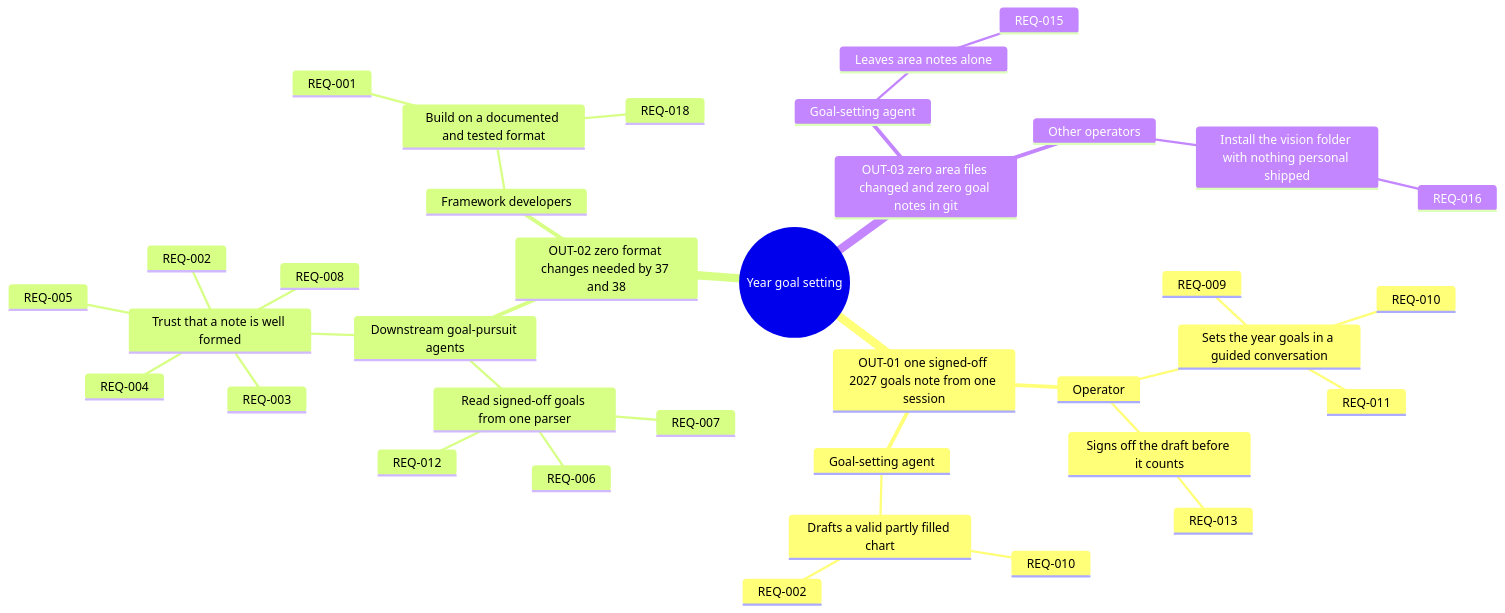
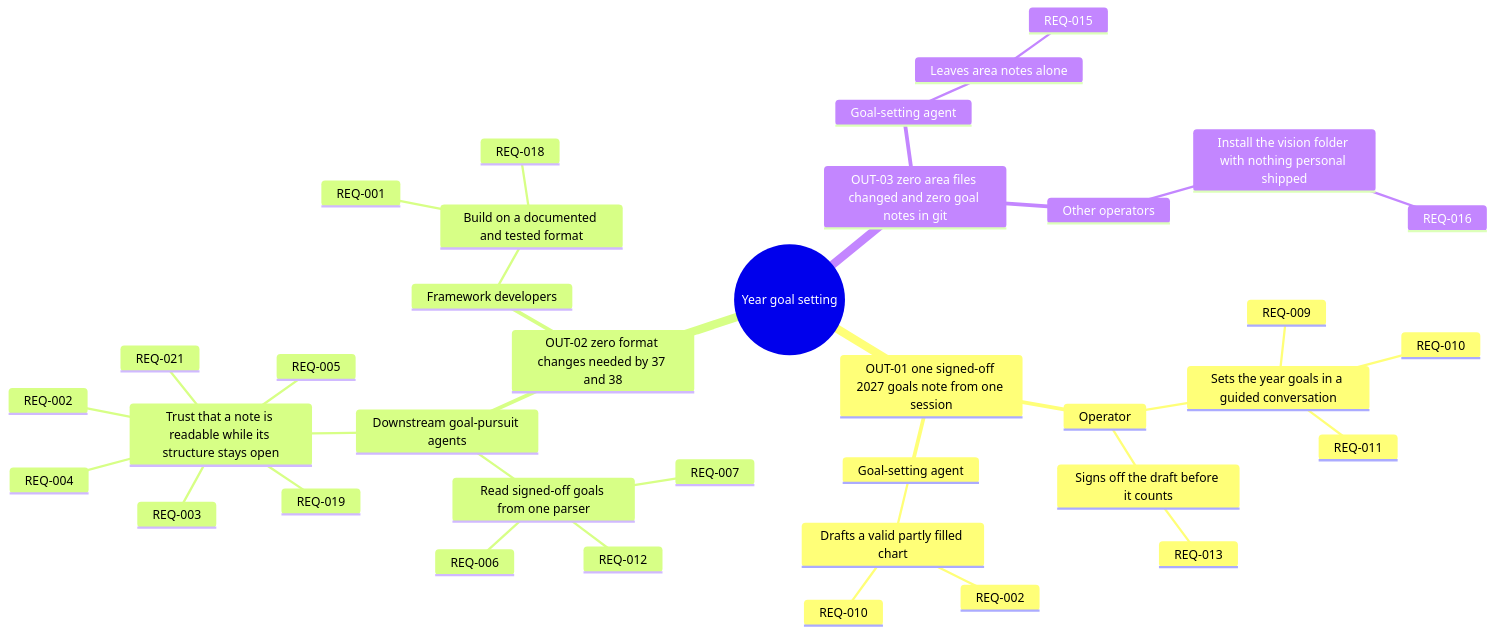
Before and after one commit to dkoenawan/mycelia: the first of 3 diagrams in docs/sessions/2026-11-03-year-goal-setting/define/diagrams.md, drawn with Mermaid. The commit also changed other lines of this file and 6 other files, not shown here.

````diff
--- a/docs/sessions/2026-11-03-year-goal-setting/define/diagrams.md
+++ b/docs/sessions/2026-11-03-year-goal-setting/define/diagrams.md
@@ -8,39 +8,40 @@
 ```mermaid
 mindmap
   root((Year goal setting))
     OUT-01 one signed-off 2027 goals note from one session
       Operator
         Sets the year goals in a guided conversation
           REQ-009
           REQ-010
           REQ-011
         Signs off the draft before it counts
           REQ-013
       Goal-setting agent
         Drafts a valid partly filled chart
           REQ-002
           REQ-010
     OUT-02 zero format changes needed by 37 and 38
       Downstream goal-pursuit agents
         Read signed-off goals from one parser
           REQ-006
           REQ-007
           REQ-012
-        Trust that a note is well formed
+        Trust that a note is readable while its structure stays open
           REQ-002
           REQ-003
           REQ-004
           REQ-005
-          REQ-008
+          REQ-019
+          REQ-021
       Framework developers
         Build on a documented and tested format
           REQ-001
           REQ-018
     OUT-03 zero area files changed and zero goal notes in git
       Goal-setting agent
         Leaves area notes alone
           REQ-015
       Other operators
         Install the vision folder with nothing personal shipped
           REQ-016
 ```
````
